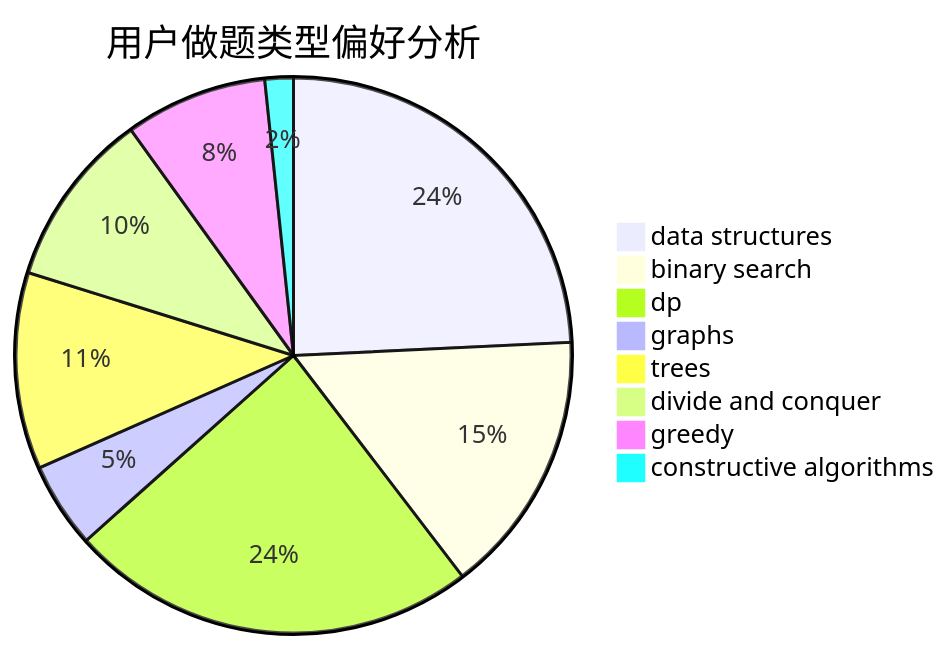
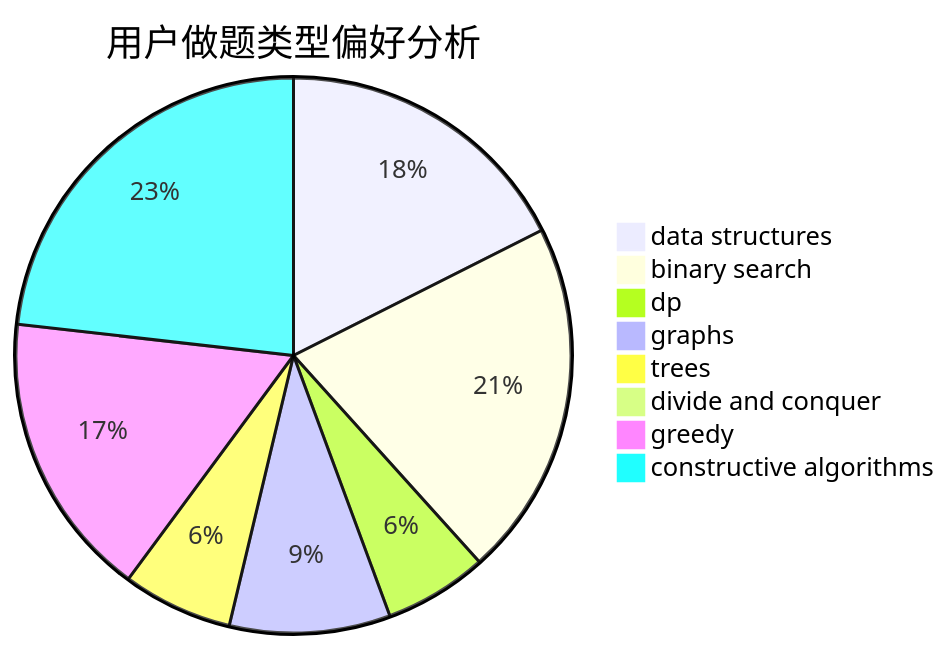
Before and after one commit to sherpahu/cfrs.github.io: the second of 3 diagrams in docs/user/u442.md, drawn with Mermaid. The commit also changed other lines of this file and 2770 other files, not shown here.

````diff
--- a/docs/user/u442.md
+++ b/docs/user/u442.md
@@ -23,11 +23,11 @@
 ```mermaid
 pie title 用户做题类型偏好分析
-    "data structures" :  161
-    "binary search" :  102
-    "dp" :  158
-    "graphs" :  33
-    "trees" :  76
-    "divide and conquer" :  68
-    "greedy" :  55
-    "constructive algorithms" :  11
+    "data structures" :  137
+    "binary search" :  162
+    "dp" :  47
+    "graphs" :  73
+    "trees" :  50
+    "divide and conquer" :  1
+    "greedy" :  130
+    "constructive algorithms" :  181
 ```
````
